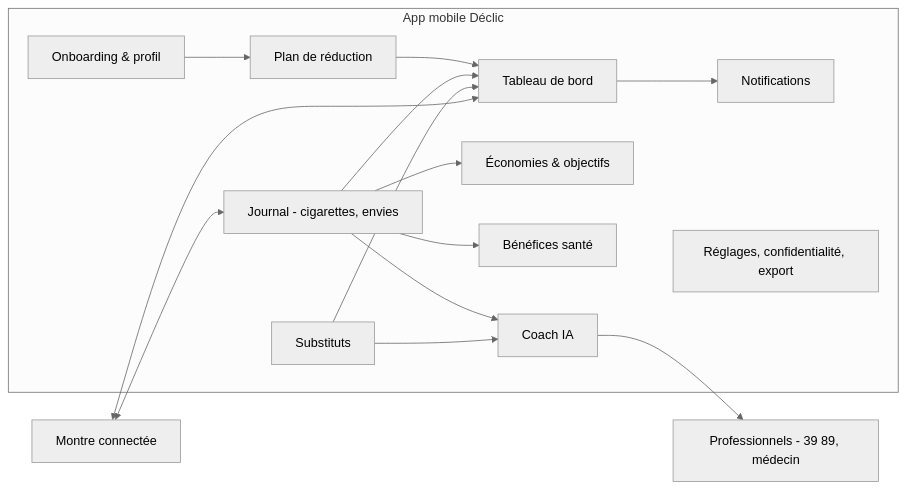
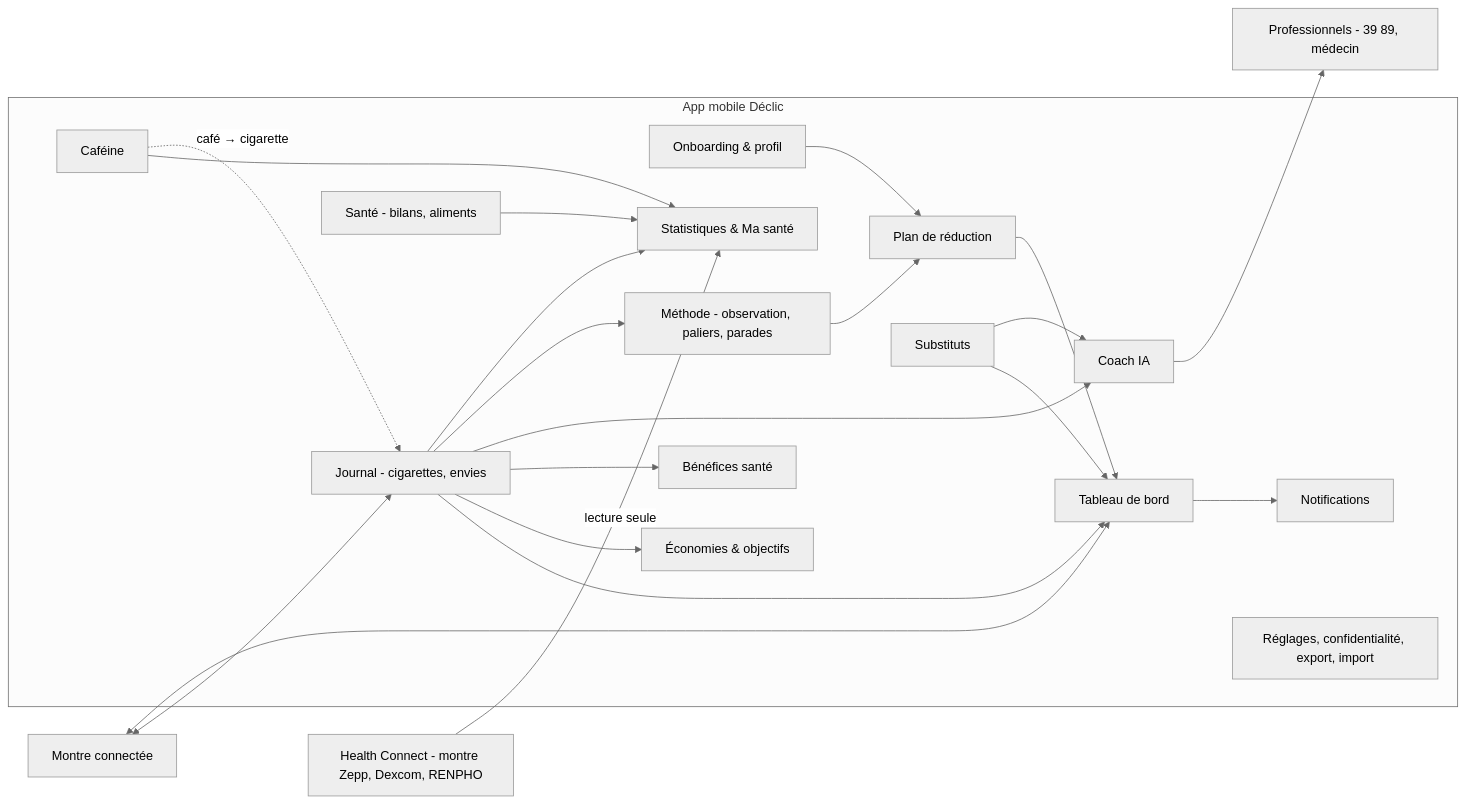
Before and after one commit to zdmooc/declic-quit-coach: the first of 3 diagrams in docs/architecture/02-architecture-fonctionnelle.md, drawn with Mermaid (neutral theme). The commit also changed other lines of this file and 11 other files, not shown here.

First line of the commit message:
docs(architecture): remise à niveau 01 à 07 sur le code, ADR-0005 et 0006, revue d'architecture (08)

````diff
--- a/docs/architecture/02-architecture-fonctionnelle.md
+++ b/docs/architecture/02-architecture-fonctionnelle.md
@@ -7,30 +7,42 @@
 ```mermaid
 flowchart LR
   subgraph APP[App mobile Déclic]
     ONB[Onboarding & profil]
     PLAN[Plan de réduction]
     JOUR[Journal - cigarettes, envies]
     SUB[Substituts]
     DASH[Tableau de bord]
     ECO[Économies & objectifs]
     SANTE[Bénéfices santé]
     NOTIF[Notifications]
     COACH[Coach IA]
-    PARAM[Réglages, confidentialité, export]
+    PARAM[Réglages, confidentialité, export, import]
+    METH[Méthode - observation, paliers, parades]
+    CAFE[Caféine]
+    BIO[Santé - bilans, aliments]
+    STATS[Statistiques & Ma santé]
   end
+  HC[Health Connect - montre Zepp, Dexcom, RENPHO]
   WATCH[Montre connectée]
   PRO[Professionnels - 39 89, médecin]
 
   ONB --> PLAN
   PLAN --> DASH
   JOUR --> DASH
   SUB --> DASH
   JOUR --> ECO
   JOUR --> SANTE
   DASH --> NOTIF
   JOUR --> COACH
   SUB --> COACH
   COACH --> PRO
   WATCH <--> JOUR
   WATCH <--> DASH
+  JOUR --> METH
+  METH --> PLAN
+  CAFE --> STATS
+  JOUR --> STATS
+  BIO --> STATS
+  HC -->|lecture seule| STATS
+  CAFE -.café → cigarette.-> JOUR
 ```
````
